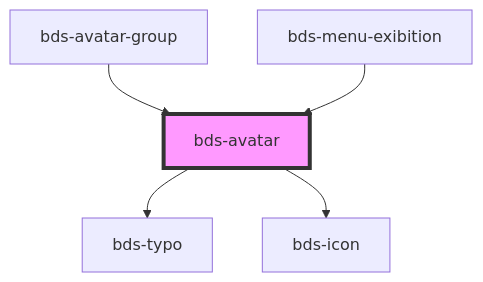
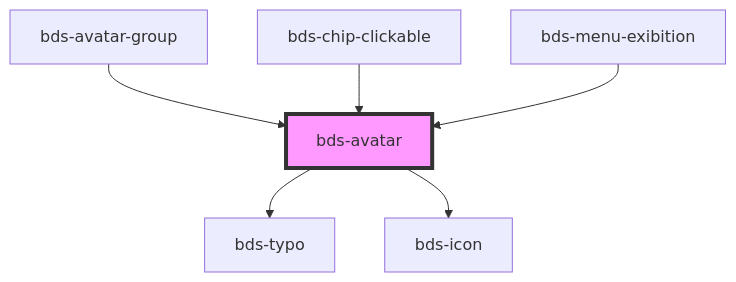
Before and after one commit to takenet/blip-ds: the diagram in src/components/avatar/readme.md, drawn with Mermaid. The commit also changed other lines of this file and 5 other files, not shown here.

Commit message:
feat(chip-clickable): new component

````diff
--- a/src/components/avatar/readme.md
+++ b/src/components/avatar/readme.md
@@ -32,8 +33,9 @@
 ```mermaid
 graph TD;
   bds-avatar --> bds-typo
   bds-avatar --> bds-icon
   bds-avatar-group --> bds-avatar
+  bds-chip-clickable --> bds-avatar
   bds-menu-exibition --> bds-avatar
   style bds-avatar fill:#f9f,stroke:#333,stroke-width:4px
 ```
````
